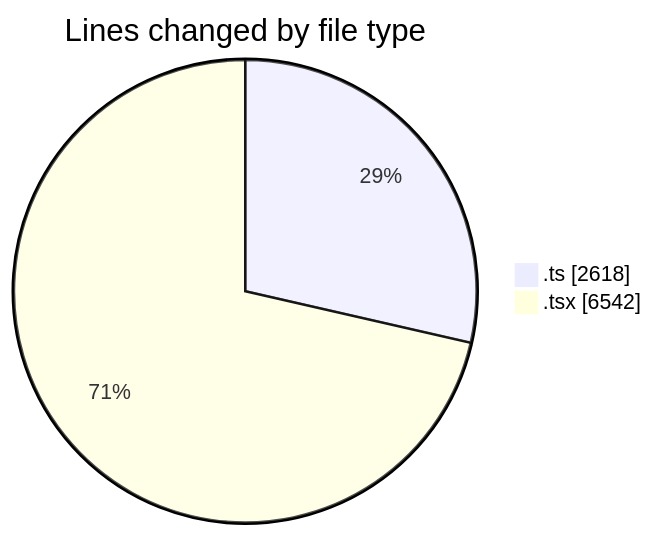
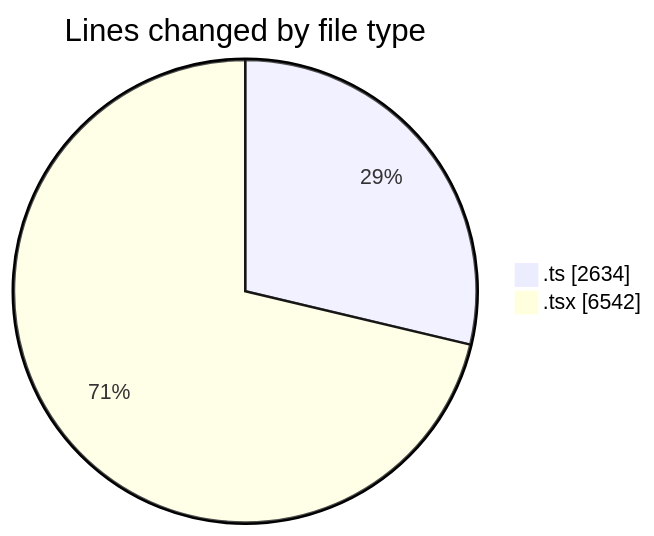
One commit to momahboobian/code-tracking changed the first of 2 diagrams in 2025-07-01/cda/README.md. Above: the diagram before and after it, drawn with Mermaid. The commit also changed other lines of this file and 1 other file, not shown here.

````diff
--- a/2025-07-01/cda/README.md
+++ b/2025-07-01/cda/README.md
@@ -44,6 +44,6 @@
 ```mermaid
 pie showData
 title Lines changed by file type
-".ts" : 2618
+".ts" : 2634
 ".tsx" : 6542
 ```
````
